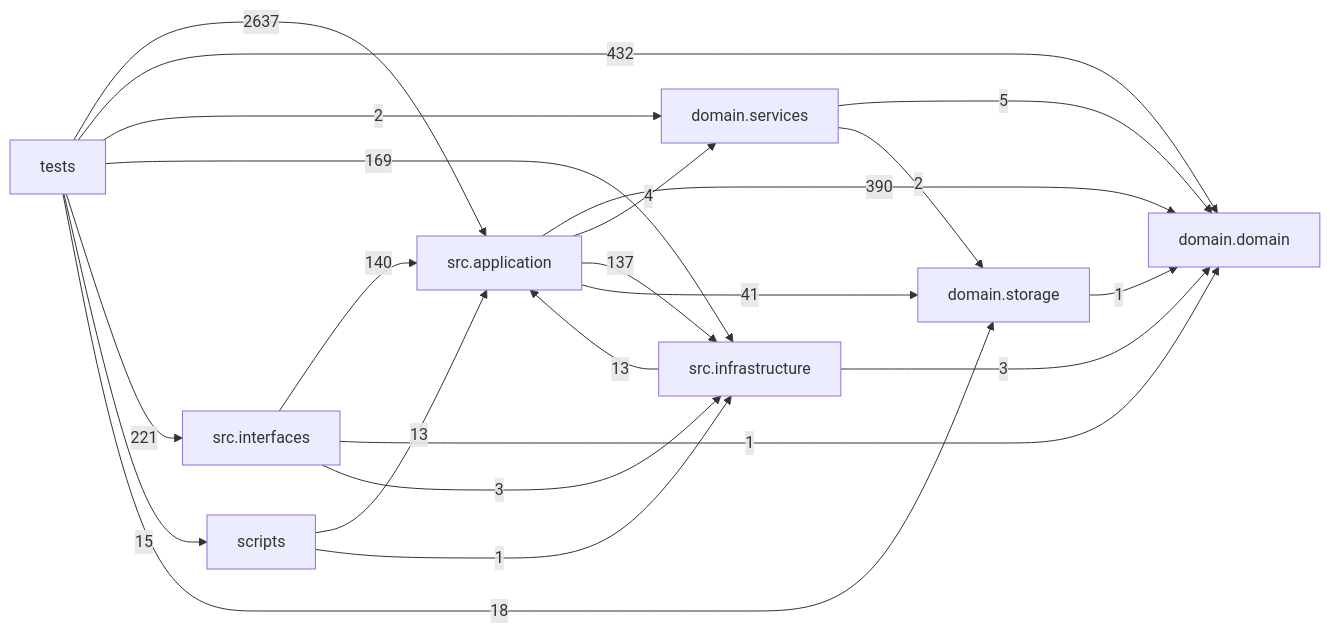
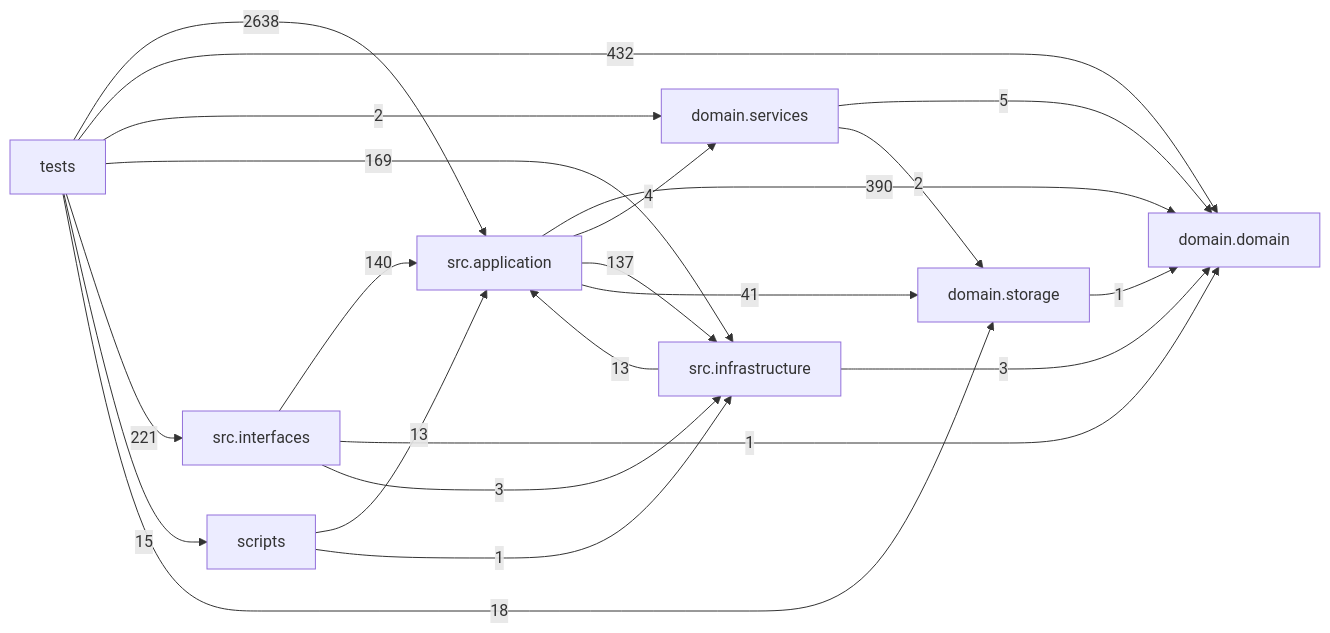
One commit to liuxie066/options-monitor changed the diagram in docs/DEPENDENCY_GRAPH.md. Above: the diagram before and after it, drawn with Mermaid. The commit also changed other lines of this file and 7 other files, not shown here.

````diff
--- a/docs/DEPENDENCY_GRAPH.md
+++ b/docs/DEPENDENCY_GRAPH.md
@@ -24,32 +24,32 @@
 ```mermaid
 flowchart LR
   tests["tests"]
   scripts["scripts"]
   interfaces["src.interfaces"]
   application["src.application"]
   infrastructure["src.infrastructure"]
   domain_services["domain.services"]
   domain["domain.domain"]
   storage["domain.storage"]
   application -->|390| domain
   application -->|4| domain_services
   application -->|137| infrastructure
   application -->|41| storage
   domain_services -->|5| domain
   domain_services -->|2| storage
   infrastructure -->|13| application
   infrastructure -->|3| domain
   interfaces -->|140| application
   interfaces -->|1| domain
   interfaces -->|3| infrastructure
   scripts -->|13| application
   scripts -->|1| infrastructure
   storage -->|1| domain
-  tests -->|2637| application
+  tests -->|2638| application
   tests -->|432| domain
   tests -->|2| domain_services
   tests -->|169| infrastructure
   tests -->|221| interfaces
   tests -->|15| scripts
   tests -->|18| storage
 ```
````
